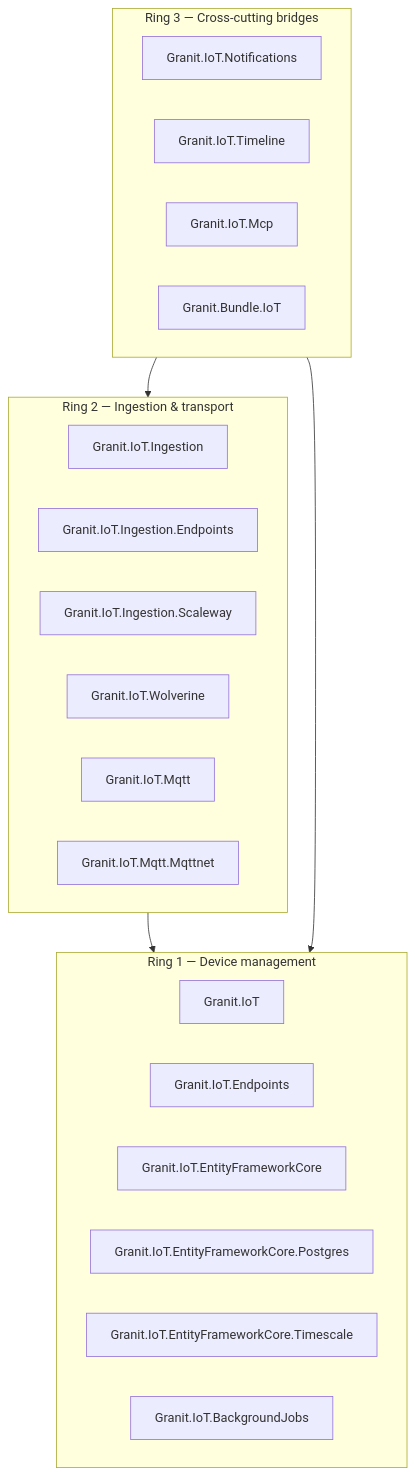
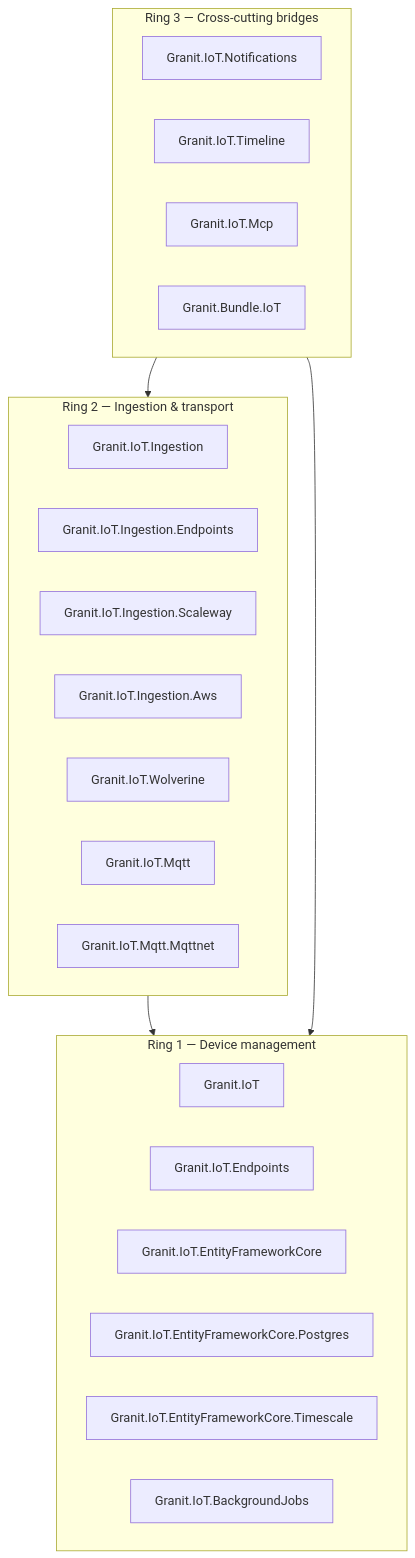
The first of 2 diagrams in docs/architecture.md (granit-fx/granit-iot), drawn with Mermaid before and after one commit. The commit also changed other lines of this file and 25 other files, not shown here.

````diff
--- a/docs/architecture.md
+++ b/docs/architecture.md
@@ -42,28 +42,29 @@
 ```mermaid
 flowchart TB
   subgraph R3["Ring 3 — Cross-cutting bridges"]
     N["Granit.IoT.Notifications"]
     T["Granit.IoT.Timeline"]
     MCP["Granit.IoT.Mcp"]
     B["Granit.Bundle.IoT"]
   end
   subgraph R2["Ring 2 — Ingestion & transport"]
     I["Granit.IoT.Ingestion"]
     IE["Granit.IoT.Ingestion.Endpoints"]
     IS["Granit.IoT.Ingestion.Scaleway"]
+    IA["Granit.IoT.Ingestion.Aws"]
     W["Granit.IoT.Wolverine"]
     M["Granit.IoT.Mqtt"]
     MM["Granit.IoT.Mqtt.Mqttnet"]
   end
   subgraph R1["Ring 1 — Device management"]
     IOT["Granit.IoT"]
     EP["Granit.IoT.Endpoints"]
     EF["Granit.IoT.EntityFrameworkCore"]
     EFP["Granit.IoT.EntityFrameworkCore.Postgres"]
     EFT["Granit.IoT.EntityFrameworkCore.Timescale"]
     BJ["Granit.IoT.BackgroundJobs"]
   end
   R2 --> R1
   R3 --> R2
   R3 --> R1
 ```
````
